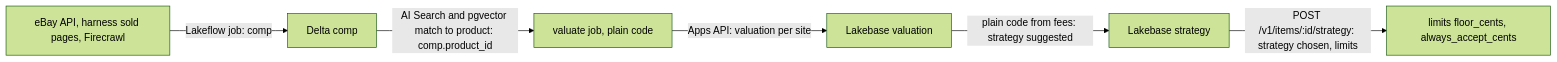
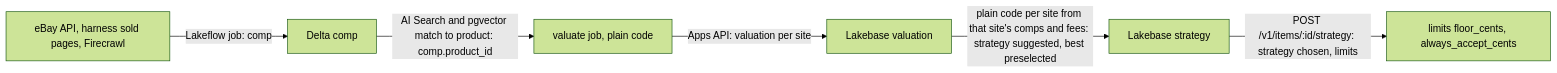
The fourth of 12 diagrams in spec/product.md (benverhaalen/secondhand), drawn with Mermaid (forest theme) before and after one commit. The commit also changed other lines of this file and 15 other files, not shown here.

Commit message:
docs(spec): second pass: shared model extended (proof layer, scoring, agent runtime, visitors); 14 feature specs raised to it with design choices, data flows and stated bars; new market and score specs

````diff
--- a/spec/product.md
+++ b/spec/product.md
@@ -475,8 +622,8 @@
 ```mermaid
 flowchart LR
   S["eBay API, harness sold pages, Firecrawl"] -->|"Lakeflow job: comp"| C["Delta comp"]
   C -->|"AI Search and pgvector match to product: comp.product_id"| V["valuate job, plain code"]
   V -->|"Apps API: valuation per site"| L["Lakebase valuation"]
-  L -->|"plain code from fees: strategy suggested"| T["Lakebase strategy"]
+  L -->|"plain code per site from that site's comps and fees: strategy suggested, best preselected"| T["Lakebase strategy"]
   T -->|"POST /v1/items/:id/strategy: strategy chosen, limits"| U["limits floor_cents, always_accept_cents"]
 ```
````
